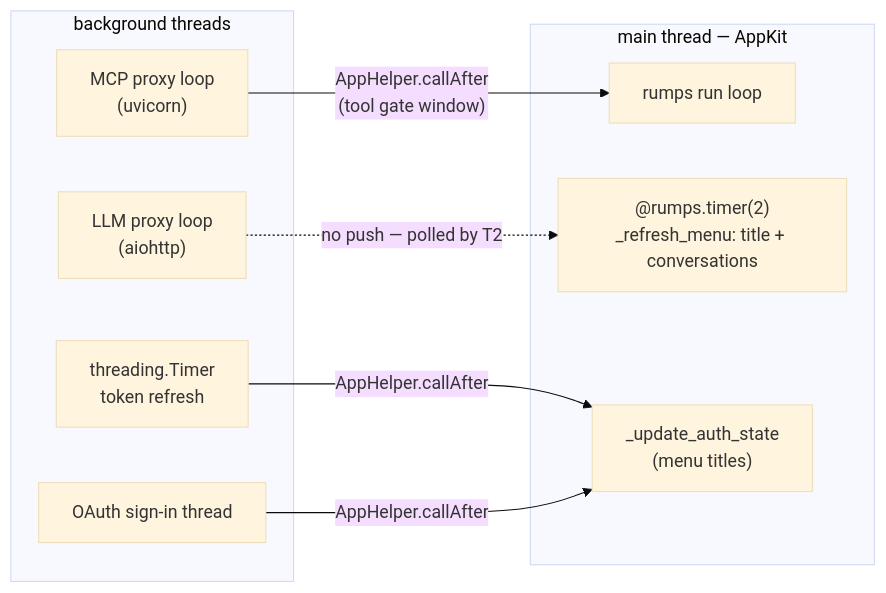
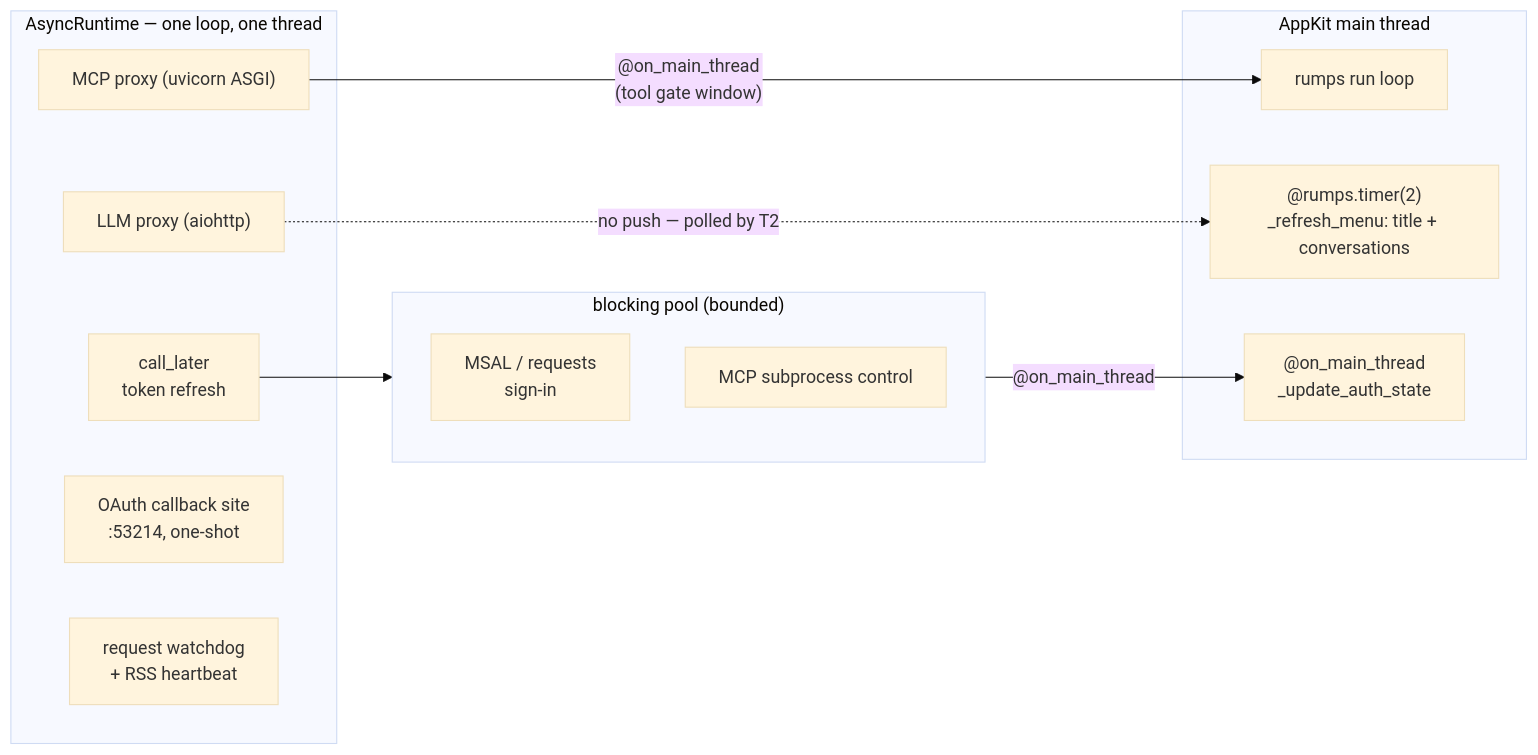
The second of 16 diagrams in docs/OPERATIONS.md (voitta-ai/voitta-desktop), drawn with Mermaid (base theme) before and after one commit. The commit also changed other lines of this file and 35 other files, not shown here.

First line of the commit message:
Fix MCP session crash; one event loop; persist store + tokens; bump 0.1.9

````diff
--- a/docs/OPERATIONS.md
+++ b/docs/OPERATIONS.md
@@ -141,20 +136,26 @@
 ```mermaid
 flowchart LR
-    subgraph main["main thread — AppKit"]
+    subgraph main["AppKit main thread"]
         RUMPS["rumps run loop"]
         T2["@rumps.timer(2)<br/>_refresh_menu: title + conversations"]
-        UAS["_update_auth_state<br/>(menu titles)"]
+        UAS["@on_main_thread<br/>_update_auth_state"]
     end
 
-    subgraph bg["background threads"]
-        LLMT["LLM proxy loop<br/>(aiohttp)"]
-        MCPT["MCP proxy loop<br/>(uvicorn)"]
-        REF["threading.Timer<br/>token refresh"]
-        AUTHT["OAuth sign-in thread"]
+    subgraph rt["AsyncRuntime — one loop, one thread"]
+        LLM["LLM proxy (aiohttp)"]
+        MCP["MCP proxy (uvicorn ASGI)"]
+        REF["call_later<br/>token refresh"]
+        CB["OAuth callback site<br/>:53214, one-shot"]
+        WD["request watchdog<br/>+ RSS heartbeat"]
     end
 
-    REF -->|"AppHelper.callAfter"| UAS
-    AUTHT -->|"AppHelper.callAfter"| UAS
-    MCPT -->|"AppHelper.callAfter<br/>(tool gate window)"| RUMPS
-    LLMT -.->|"no push — polled by T2"| T2
+    subgraph pool["blocking pool (bounded)"]
+        AUTH["MSAL / requests<br/>sign-in"]
+        CTL["MCP subprocess control"]
+    end
+
+    REF --> pool
+    pool -->|"@on_main_thread"| UAS
+    MCP -->|"@on_main_thread<br/>(tool gate window)"| RUMPS
+    LLM -.->|"no push — polled by T2"| T2
 ```
````
